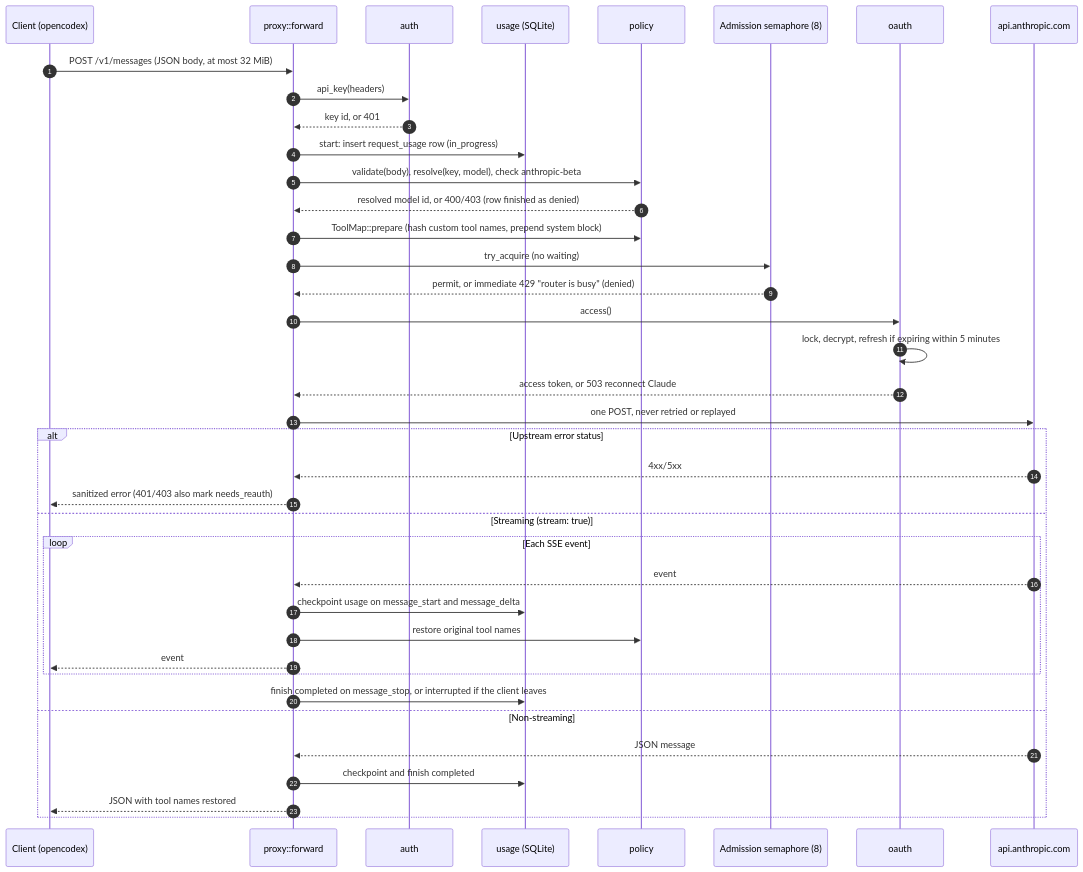
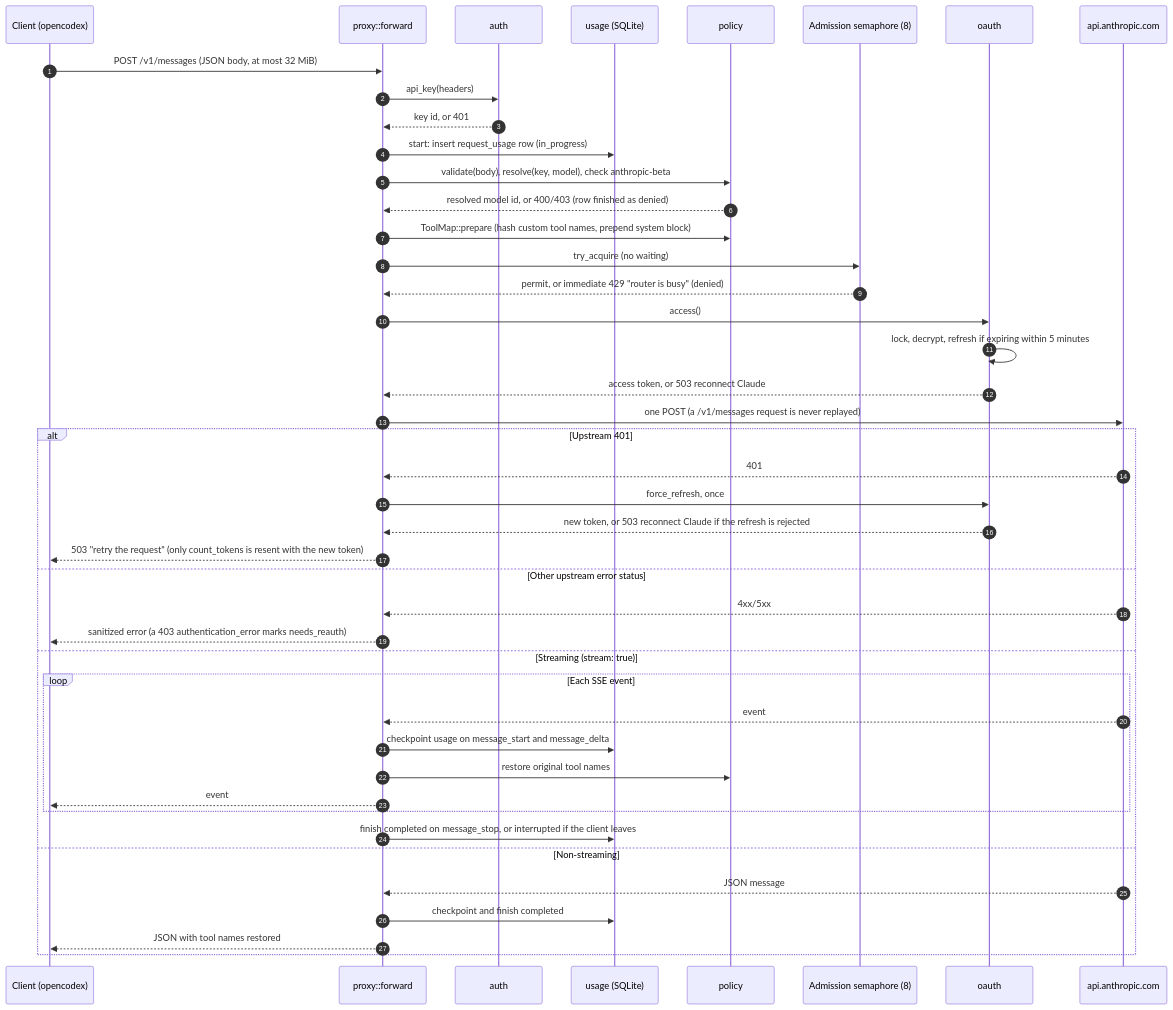
One commit to SobshDev/share_your_claude changed the diagram in docs/architecture.md. Above: the diagram before and after it, drawn with Mermaid. The commit also changed other lines of this file and 2 other files, not shown here.

Commit message:
docs: describe refresh-once handling of upstream 401s
An upstream 401 now triggers one token refresh: token counts are resent, /v1/messages gets a retryable 503 and is never replayed, and needs_reauth is set only when the refresh is rejected, a resent count is refused again, a 403 is an authentication_error, or the credential cannot be decrypted. Update the README, the needs_reauth troubleshooting, and the architecture flow and diagram. The dashboard catalog refresh still marks needs_reauth on any 401 or 403, and the runbook says so.

Refs #2

````diff
--- a/docs/architecture.md
+++ b/docs/architecture.md
@@ -25,42 +25,47 @@
 ```mermaid
 sequenceDiagram
     autonumber
     participant C as Client (opencodex)
     participant P as proxy::forward
     participant A as auth
     participant U as usage (SQLite)
     participant Pol as policy
     participant S as Admission semaphore (8)
     participant O as oauth
     participant Up as api.anthropic.com
 
     C->>P: POST /v1/messages (JSON body, at most 32 MiB)
     P->>A: api_key(headers)
     A-->>P: key id, or 401
     P->>U: start: insert request_usage row (in_progress)
     P->>Pol: validate(body), resolve(key, model), check anthropic-beta
     Pol-->>P: resolved model id, or 400/403 (row finished as denied)
     P->>Pol: ToolMap::prepare (hash custom tool names, prepend system block)
     P->>S: try_acquire (no waiting)
     S-->>P: permit, or immediate 429 "router is busy" (denied)
     P->>O: access()
     O->>O: lock, decrypt, refresh if expiring within 5 minutes
     O-->>P: access token, or 503 reconnect Claude
-    P->>Up: one POST, never retried or replayed
-    alt Upstream error status
+    P->>Up: one POST (a /v1/messages request is never replayed)
+    alt Upstream 401
+        Up-->>P: 401
+        P->>O: force_refresh, once
+        O-->>P: new token, or 503 reconnect Claude if the refresh is rejected
+        P-->>C: 503 "retry the request" (only count_tokens is resent with the new token)
+    else Other upstream error status
         Up-->>P: 4xx/5xx
-        P-->>C: sanitized error (401/403 also mark needs_reauth)
+        P-->>C: sanitized error (a 403 authentication_error marks needs_reauth)
     else Streaming (stream: true)
         loop Each SSE event
             Up-->>P: event
             P->>U: checkpoint usage on message_start and message_delta
             P->>Pol: restore original tool names
             P-->>C: event
         end
         P->>U: finish completed on message_stop, or interrupted if the client leaves
     else Non-streaming
         Up-->>P: JSON message
         P->>U: checkpoint and finish completed
         P-->>C: JSON with tool names restored
     end
 ```
````
